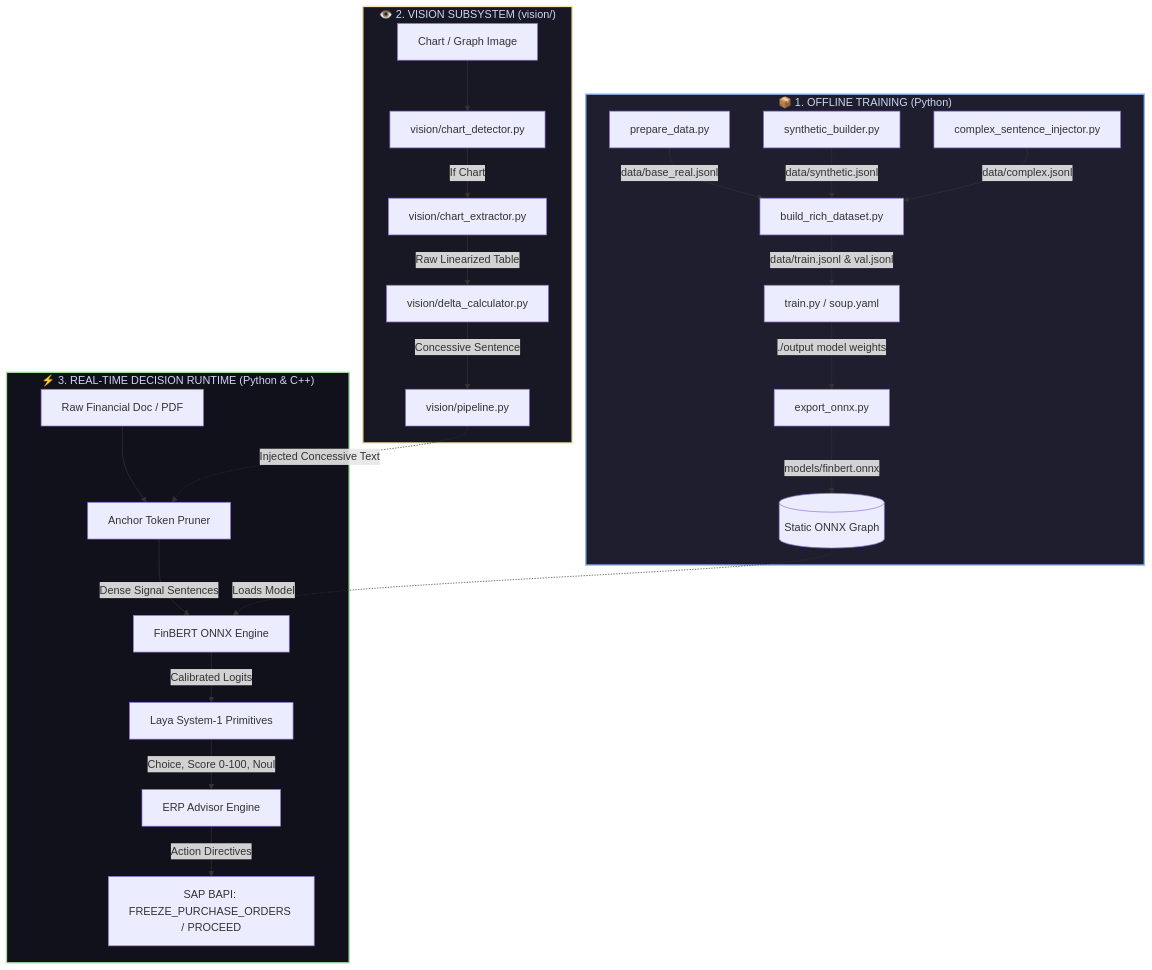
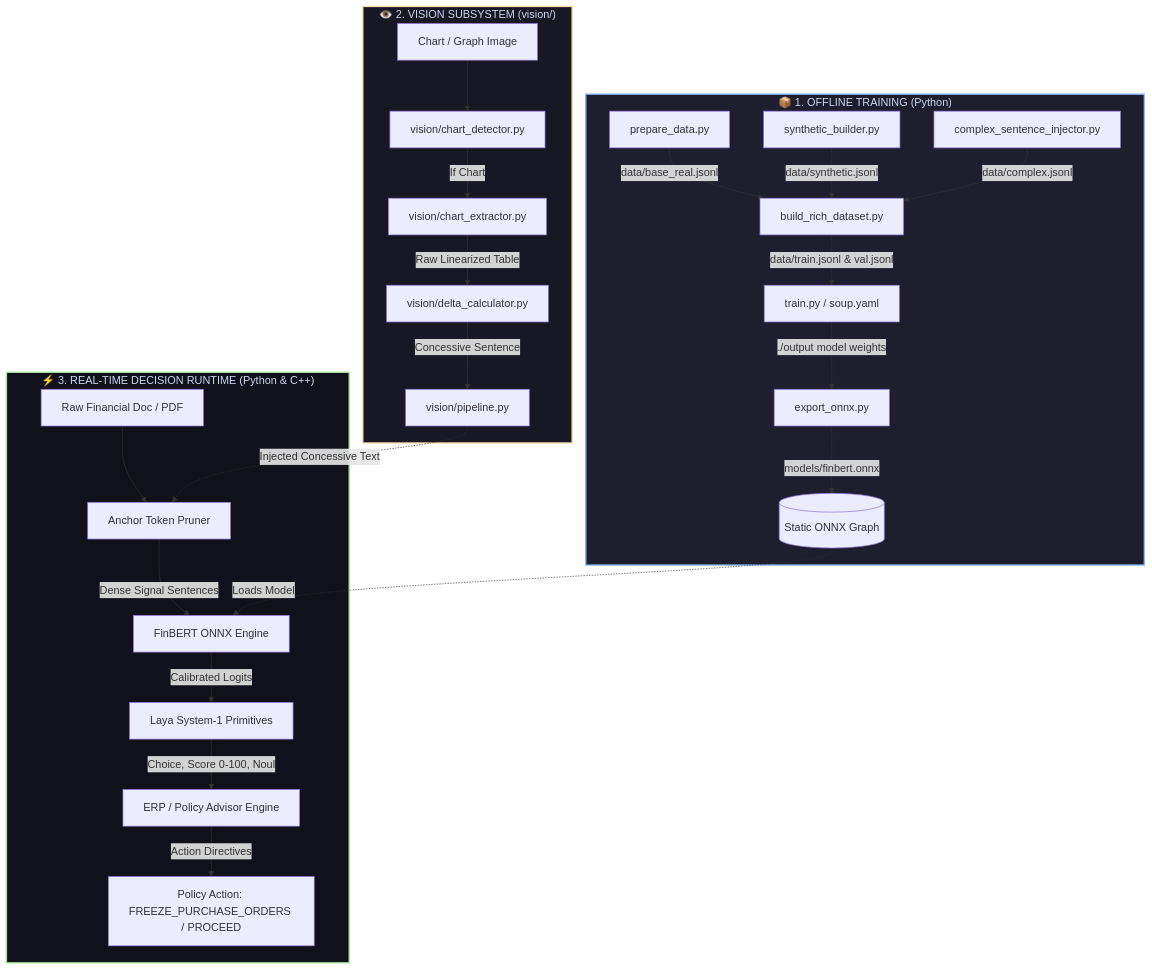
Before and after one commit to Humble-Librarian/Virdixt: the first of 2 diagrams in ARCHITECTURE_WALKTHROUGH.md, drawn with Mermaid. The commit also changed other lines of this file and 3 other files, not shown here.

Commit message:
refactor: generalize policy action flags and remove specific vendor/SAP references

````diff
--- a/ARCHITECTURE_WALKTHROUGH.md
+++ b/ARCHITECTURE_WALKTHROUGH.md
@@ -12,32 +12,32 @@
 ```mermaid
 flowchart TD
     subgraph Offline_Training["📦 1. OFFLINE TRAINING (Python)"]
         D1[prepare_data.py] -->|data/base_real.jsonl| MDB[build_rich_dataset.py]
         D2[synthetic_builder.py] -->|data/synthetic.jsonl| MDB
         D3[complex_sentence_injector.py] -->|data/complex.jsonl| MDB
         MDB -->|data/train.jsonl & val.jsonl| TR[train.py / soup.yaml]
         TR -->|./output model weights| EXP[export_onnx.py]
         EXP -->|models/finbert.onnx| ONNX_OUT[(Static ONNX Graph)]
     end
 
     subgraph Multimodal_Vision["👁️ 2. VISION SUBSYSTEM (vision/)"]
         IMG[Chart / Graph Image] --> DET[vision/chart_detector.py]
         DET -->|If Chart| EXT[vision/chart_extractor.py]
         EXT -->|Raw Linearized Table| CALC[vision/delta_calculator.py]
         CALC -->|Concessive Sentence| VP[vision/pipeline.py]
     end
 
     subgraph RealTime_Inference["⚡ 3. REAL-TIME DECISION RUNTIME (Python & C++)"]
         DOC[Raw Financial Doc / PDF] --> PRUN[Anchor Token Pruner]
         VP -.->|Injected Concessive Text| PRUN
         PRUN -->|Dense Signal Sentences| BACKBONE[FinBERT ONNX Engine]
         ONNX_OUT -.->|Loads Model| BACKBONE
         BACKBONE -->|Calibrated Logits| LAYA[Laya System-1 Primitives]
-        LAYA -->|Choice, Score 0-100, Noul| ERP[ERP Advisor Engine]
-        ERP -->|Action Directives| SAP[SAP BAPI: FREEZE_PURCHASE_ORDERS / PROCEED]
+        LAYA -->|Choice, Score 0-100, Noul| ERP[ERP / Policy Advisor Engine]
+        ERP -->|Action Directives| ACT[Policy Action: FREEZE_PURCHASE_ORDERS / PROCEED]
     end
 
     style Offline_Training fill:#1e1e2e,stroke:#89b4fa,stroke-width:2px,color:#cdd6f4
     style Multimodal_Vision fill:#181825,stroke:#f9e2af,stroke-width:2px,color:#cdd6f4
     style RealTime_Inference fill:#11111b,stroke:#a6e3a1,stroke-width:2px,color:#cdd6f4
 ```
````
